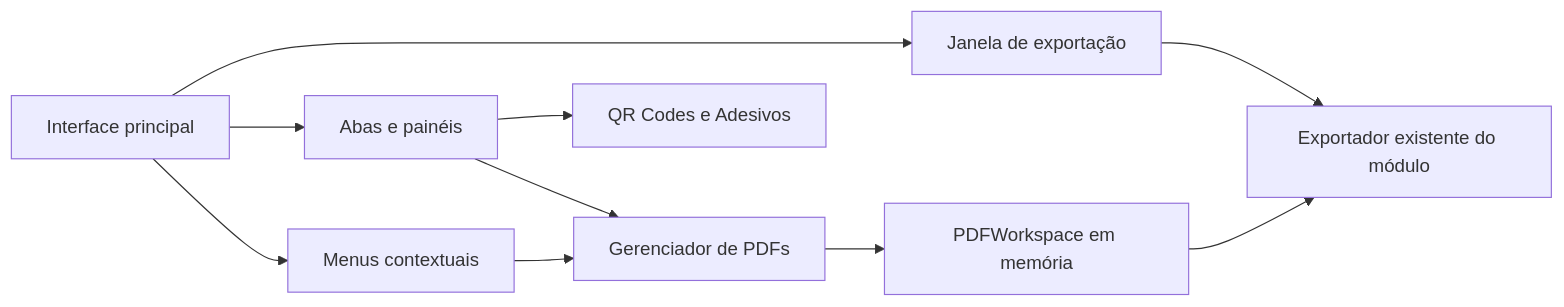
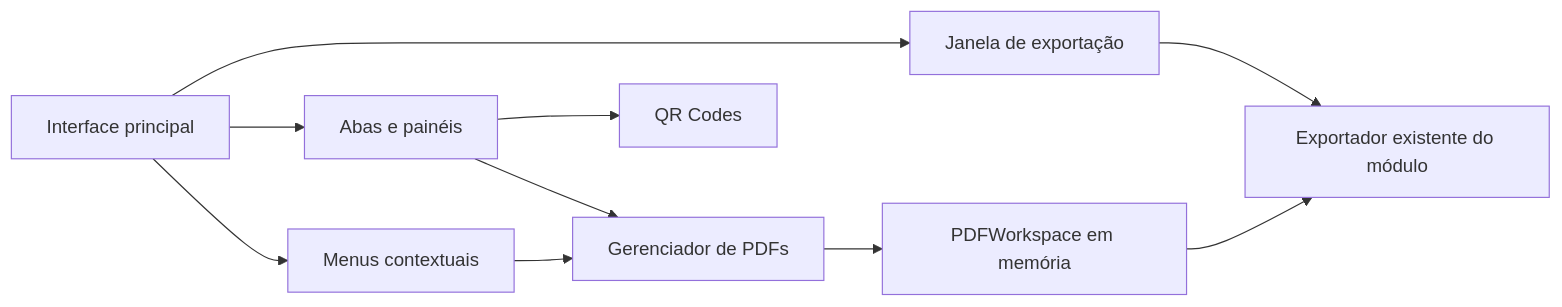
The diagram in Corel Script Configurator/docs/INTERFACE_PRINCIPAL.md (marcos-jo/automacaoAdesivosCoreldraw), drawn with Mermaid before and after one commit. The commit also changed other lines of this file and 8 other files, not shown here.

````diff
--- a/Corel Script Configurator/docs/INTERFACE_PRINCIPAL.md
+++ b/Corel Script Configurator/docs/INTERFACE_PRINCIPAL.md
@@ -15,12 +15,12 @@
 ```mermaid
 flowchart LR
     Principal[Interface principal] --> Abas[Abas e painéis]
     Abas --> PDF[Gerenciador de PDFs]
-    Abas --> Outros[QR Codes e Adesivos]
+    Abas --> Outros[QR Codes]
     Principal --> Menus[Menus contextuais]
     Menus --> PDF
     Principal --> Janela[Janela de exportação]
     Janela --> Exportador[Exportador existente do módulo]
     PDF --> Workspace[PDFWorkspace em memória]
     Workspace --> Exportador
 ```
````
